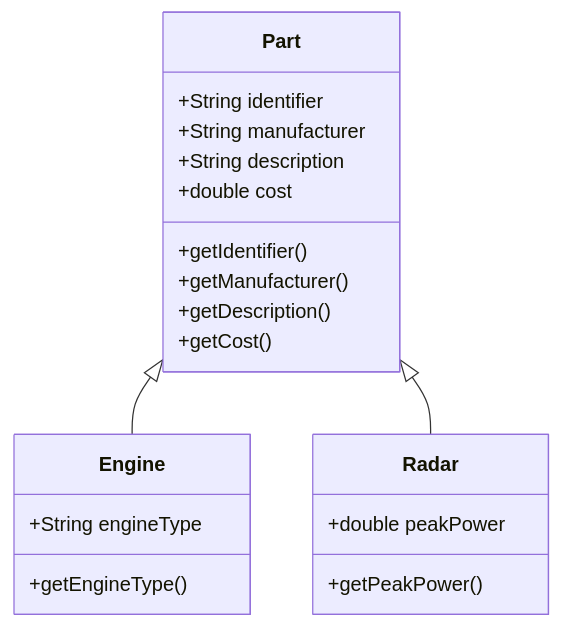
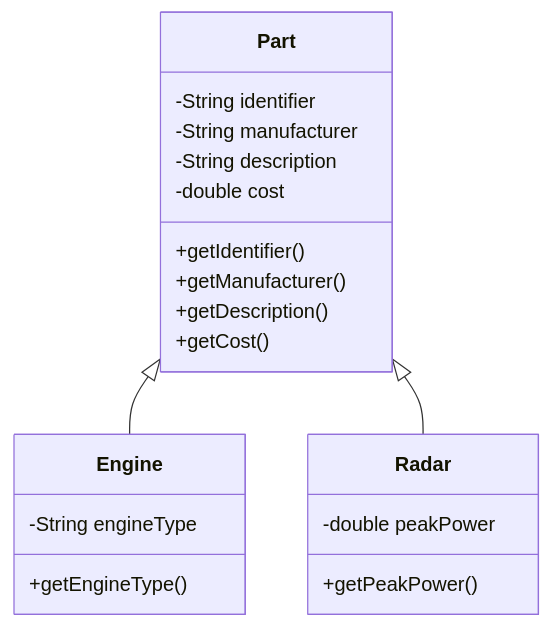
The second of 3 diagrams in 3.1_Inheritance.md (vesavvo/Object-Oriented-Programming), drawn with Mermaid before and after one commit. The commit also changed other lines of this file, not shown here.

````diff
--- a/3.1_Inheritance.md
+++ b/3.1_Inheritance.md
@@ -135,23 +135,23 @@
 ```mermaid
 classDiagram
     Part <|-- Engine
     Part <|-- Radar
 class Part {
-        +String identifier
-        +String manufacturer
-        +String description
-        +double cost
+        -String identifier
+        -String manufacturer
+        -String description
+        -double cost
         +getIdentifier()
         +getManufacturer()
         +getDescription()
         +getCost() 
 }
 class Engine {
-    +String engineType
+    -String engineType
     +getEngineType()
 }
 class Radar {
-    +double peakPower
+    -double peakPower
     +getPeakPower()
 }
 ```
````
